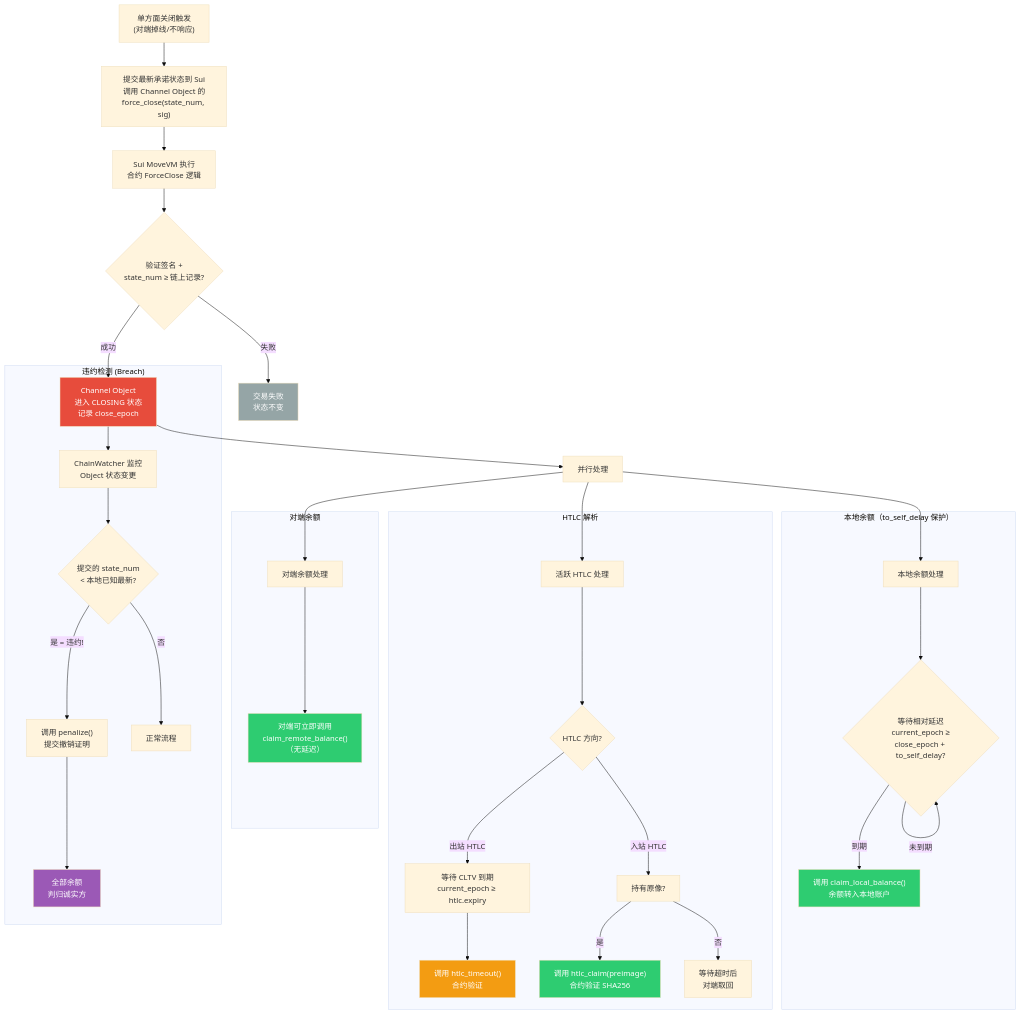
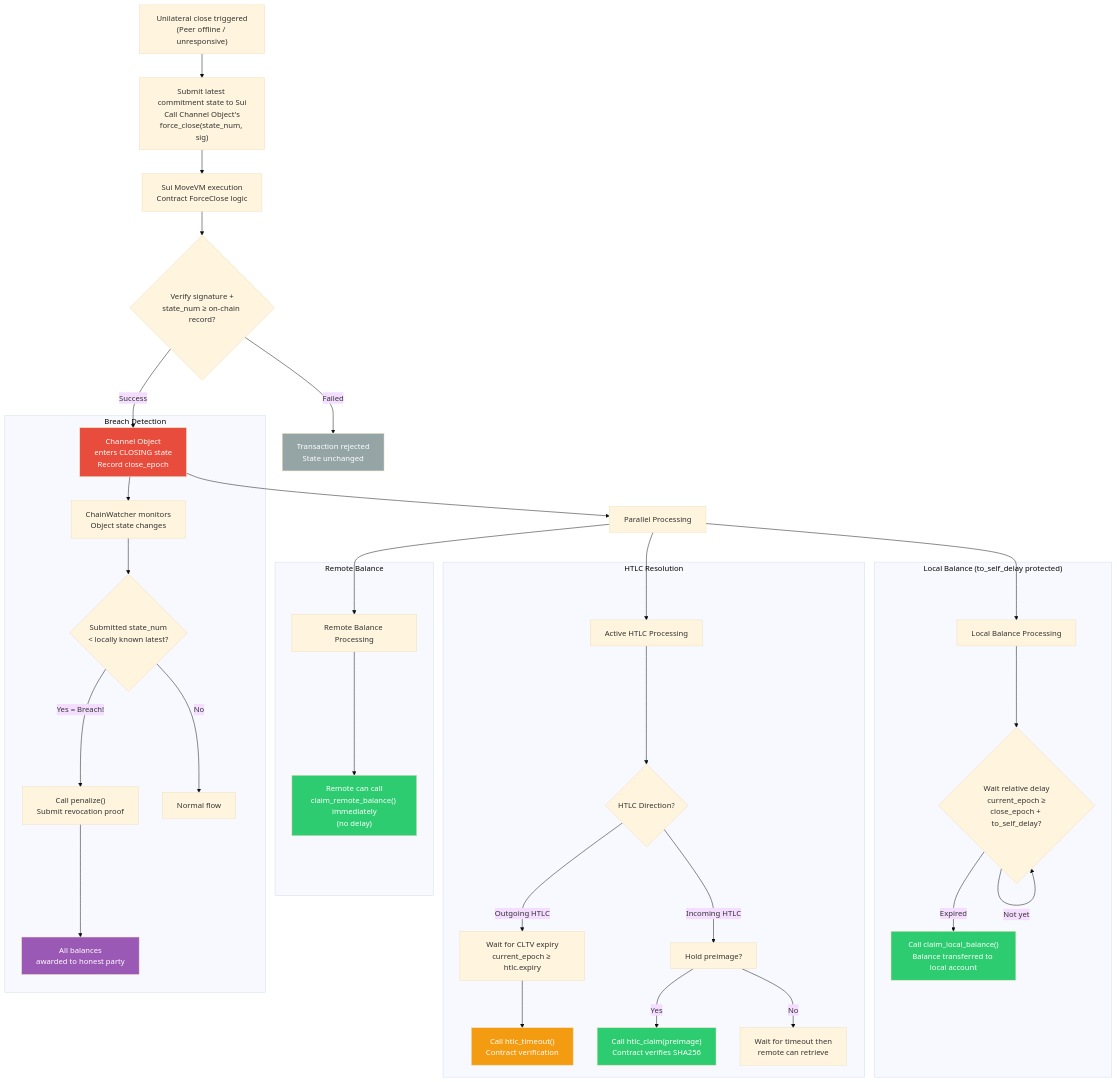
The sixth of 9 diagrams in 1-refactor-docs/sui/lnd-and-sui-integration.md (loka-network/loka-p2p-lnd), drawn with Mermaid (base theme) before and after one commit. The commit also changed other lines of this file and 12 other files, not shown here.

````diff
--- a/1-refactor-docs/sui/lnd-and-sui-integration.md
+++ b/1-refactor-docs/sui/lnd-and-sui-integration.md
@@ -296,54 +296,54 @@
 ```mermaid
 flowchart TB
-    Start["单方面关闭触发<br/>(对端掉线/不响应)"]
+    Start["Unilateral close triggered<br/>(Peer offline / unresponsive)"]
 
-    Start --> Publish["提交最新承诺状态到 Sui<br/>调用 Channel Object 的<br/>force_close(state_num, sig)"]
+    Start --> Publish["Submit latest commitment state to Sui<br/>Call Channel Object's<br/>force_close(state_num, sig)"]
 
-    Publish --> SuiExec["Sui MoveVM 执行<br/>合约 ForceClose 逻辑"]
-    SuiExec --> Validate{"验证签名 +<br/>state_num ≥ 链上记录?"}
+    Publish --> SuiExec["Sui MoveVM execution<br/>Contract ForceClose logic"]
+    SuiExec --> Validate{"Verify signature +<br/>state_num ≥ on-chain record?"}
 
-    Validate -->|"失败"| Reject["交易失败<br/>状态不变"]
-    Validate -->|"成功"| Freeze["Channel Object<br/>进入 CLOSING 状态<br/>记录 close_epoch"]
+    Validate -->|"Failed"| Reject["Transaction rejected<br/>State unchanged"]
+    Validate -->|"Success"| Freeze["Channel Object<br/>enters CLOSING state<br/>Record close_epoch"]
 
-    Freeze --> Parallel["并行处理"]
+    Freeze --> Parallel["Parallel Processing"]
 
-    Parallel --> LocalBalance["本地余额处理"]
-    Parallel --> RemoteBalance["对端余额处理"]
-    Parallel --> HTLCs["活跃 HTLC 处理"]
+    Parallel --> LocalBalance["Local Balance Processing"]
+    Parallel --> RemoteBalance["Remote Balance Processing"]
+    Parallel --> HTLCs["Active HTLC Processing"]
 
-    subgraph "本地余额（to_self_delay 保护）"
-        LocalBalance --> WaitCSV{"等待相对延迟<br/>current_epoch ≥<br/>close_epoch + to_self_delay?"}
-        WaitCSV -->|"未到期"| WaitCSV
-        WaitCSV -->|"到期"| ClaimLocal["调用 claim_local_balance()<br/>余额转入本地账户"]
+    subgraph "Local Balance (to_self_delay protected)"
+        LocalBalance --> WaitCSV{"Wait relative delay<br/>current_epoch ≥<br/>close_epoch + to_self_delay?"}
+        WaitCSV -->|"Not yet"| WaitCSV
+        WaitCSV -->|"Expired"| ClaimLocal["Call claim_local_balance()<br/>Balance transferred to local account"]
     end
 
-    subgraph "对端余额"
-        RemoteBalance --> ClaimRemote["对端可立即调用<br/>claim_remote_balance()<br/>（无延迟）"]
+    subgraph "Remote Balance"
+        RemoteBalance --> ClaimRemote["Remote can call<br/>claim_remote_balance() immediately<br/>(no delay)"]
     end
 
-    subgraph "HTLC 解析"
-        HTLCs --> HTLCType{"HTLC 方向?"}
-        HTLCType -->|"出站 HTLC"| TimeoutPath["等待 CLTV 到期<br/>current_epoch ≥ htlc.expiry"]
-        TimeoutPath --> ClaimTimeout["调用 htlc_timeout()<br/>合约验证"]
+    subgraph "HTLC Resolution"
+        HTLCs --> HTLCType{"HTLC Direction?"}
+        HTLCType -->|"Outgoing HTLC"| TimeoutPath["Wait for CLTV expiry<br/>current_epoch ≥ htlc.expiry"]
+        TimeoutPath --> ClaimTimeout["Call htlc_timeout()<br/>Contract verification"]
 
-        HTLCType -->|"入站 HTLC"| PreimagePath["持有原像?"]
-        PreimagePath -->|"是"| ClaimSuccess["调用 htlc_claim(preimage)<br/>合约验证 SHA256"]
-        PreimagePath -->|"否"| WaitExpiry["等待超时后<br/>对端取回"]
+        HTLCType -->|"Incoming HTLC"| PreimagePath["Hold preimage?"]
+        PreimagePath -->|"Yes"| ClaimSuccess["Call htlc_claim(preimage)<br/>Contract verifies SHA256"]
+        PreimagePath -->|"No"| WaitExpiry["Wait for timeout then<br/>remote can retrieve"]
     end
 
-    subgraph "违约检测 (Breach)"
-        Freeze --> Monitor["ChainWatcher 监控<br/>Object 状态变更"]
-        Monitor --> OldState{"提交的 state_num<br/>< 本地已知最新?"}
-        OldState -->|"是 = 违约!"| Penalize["调用 penalize()<br/>提交撤销证明"]
-        Penalize --> SeizeAll["全部余额<br/>判归诚实方"]
-        OldState -->|"否"| NoBreach["正常流程"]
+    subgraph "Breach Detection"
+        Freeze --> Monitor["ChainWatcher monitors<br/>Object state changes"]
+        Monitor --> OldState{"Submitted state_num<br/>< locally known latest?"}
+        OldState -->|"Yes = Breach!"| Penalize["Call penalize()<br/>Submit revocation proof"]
+        Penalize --> SeizeAll["All balances<br/>awarded to honest party"]
+        OldState -->|"No"| NoBreach["Normal flow"]
     end
 
     style Freeze fill:#e74c3c,color:#fff
     style ClaimLocal fill:#2ecc71,color:#fff
     style ClaimRemote fill:#2ecc71,color:#fff
     style ClaimSuccess fill:#2ecc71,color:#fff
     style ClaimTimeout fill:#f39c12,color:#fff
     style SeizeAll fill:#9b59b6,color:#fff
     style Reject fill:#95a5a6,color:#fff
 ```
````
